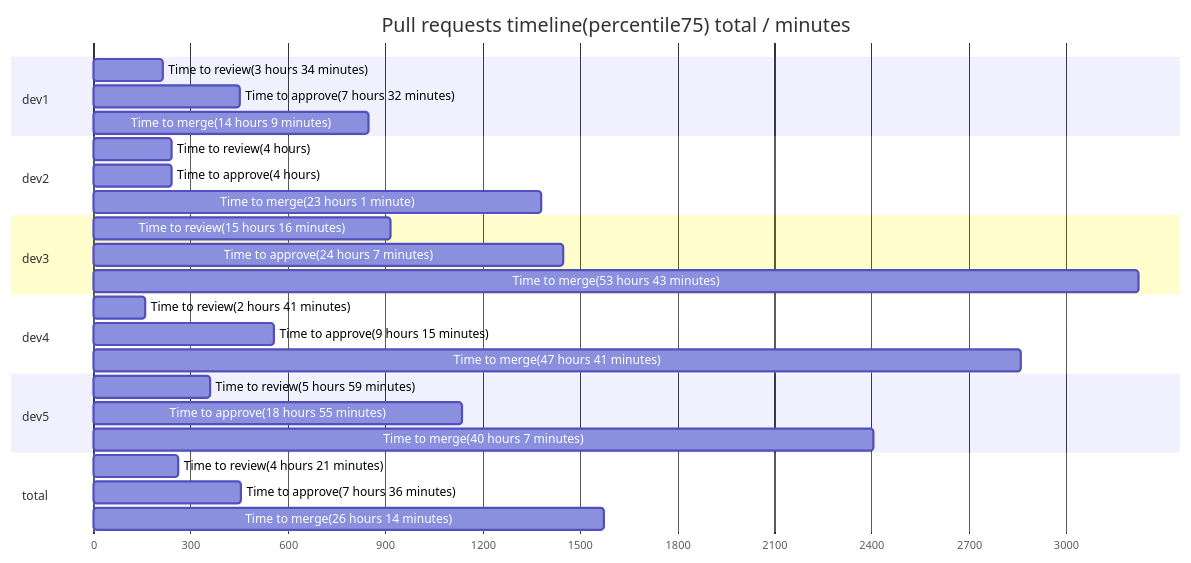
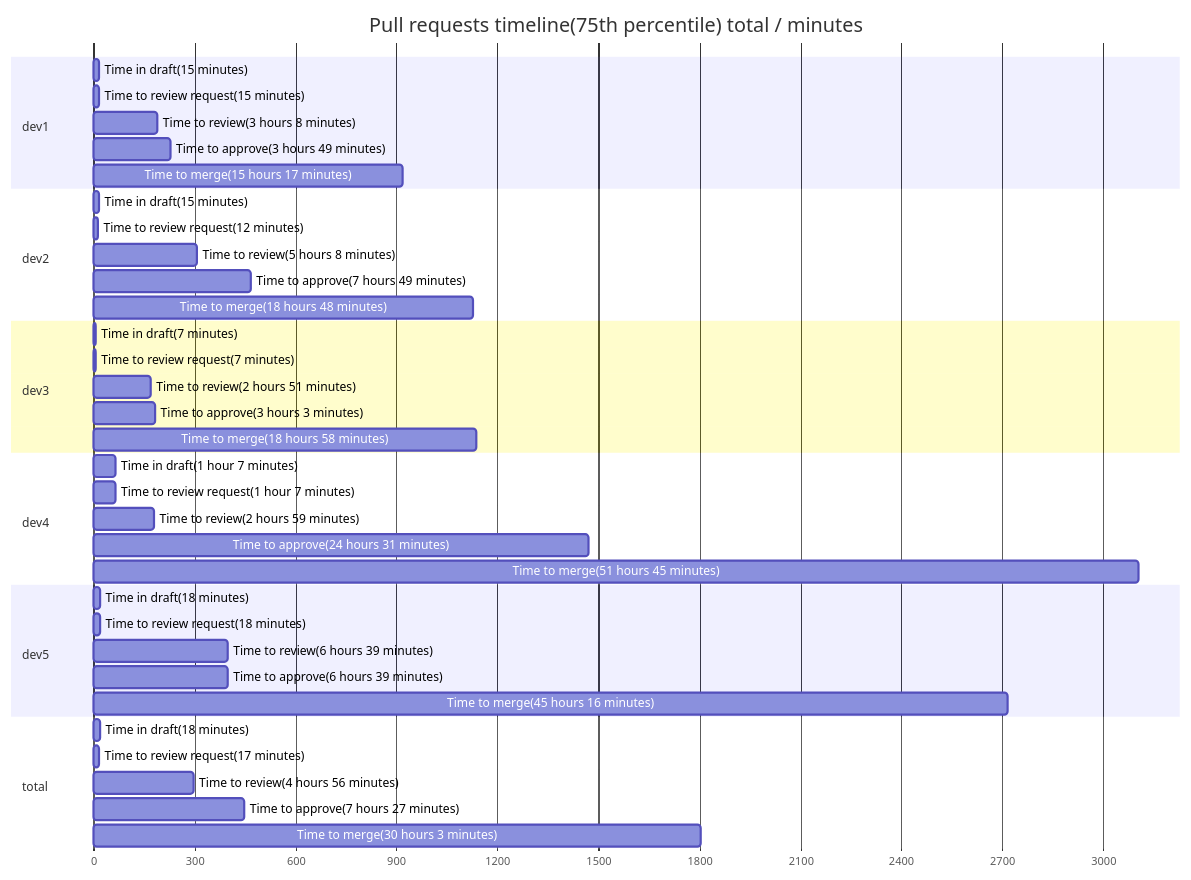
One commit to AlexSim93/pull-request-analytics-action changed the diagram in examples/nPRsReport.md. Above: the diagram before and after it, drawn with Mermaid. The commit also changed other lines of this file and 7 other files, not shown here.

````diff
--- a/examples/nPRsReport.md
+++ b/examples/nPRsReport.md
@@ -154,36 +39,48 @@
 ```mermaid
 gantt
-title Pull requests timeline(percentile75) total / minutes
+title Pull requests timeline(75th percentile) total / minutes
 dateFormat X
 axisFormat %s
 section dev1
-                Time to review(3 hours 34 minutes) :  0, 214
-Time to approve(7 hours 32 minutes) :  0, 452
-Time to merge(14 hours 9 minutes) :  0, 849
+                Time in draft(15 minutes) :  0, 15
+Time to review request(15 minutes) :  0, 15
+Time to review(3 hours 8 minutes) :  0, 188
+Time to approve(3 hours 49 minutes) :  0, 229
+Time to merge(15 hours 17 minutes) :  0, 917
 
 section dev2
-                Time to review(4 hours) :  0, 240
-Time to approve(4 hours) :  0, 240
-Time to merge(23 hours 1 minute) :  0, 1381
+                Time in draft(15 minutes) :  0, 15
+Time to review request(12 minutes) :  0, 12
+Time to review(5 hours 8 minutes) :  0, 308
+Time to approve(7 hours 49 minutes) :  0, 469
+Time to merge(18 hours 48 minutes) :  0, 1128
 
 section dev3
-                Time to review(15 hours 16 minutes) :  0, 916
-Time to approve(24 hours 7 minutes) :  0, 1447
-Time to merge(53 hours 43 minutes) :  0, 3223
+                Time in draft(7 minutes) :  0, 7
+Time to review request(7 minutes) :  0, 7
+Time to review(2 hours 51 minutes) :  0, 171
+Time to approve(3 hours 3 minutes) :  0, 183
+Time to merge(18 hours 58 minutes) :  0, 1138
 
 section dev4
-                Time to review(2 hours 41 minutes) :  0, 161
-Time to approve(9 hours 15 minutes) :  0, 555
-Time to merge(47 hours 41 minutes) :  0, 2861
+                Time in draft(1 hour 7 minutes) :  0, 67
+Time to review request(1 hour 7 minutes) :  0, 67
+Time to review(2 hours 59 minutes) :  0, 179
+Time to approve(24 hours 31 minutes) :  0, 1471
+Time to merge(51 hours 45 minutes) :  0, 3105
 
 section dev5
-                Time to review(5 hours 59 minutes) :  0, 359
-Time to approve(18 hours 55 minutes) :  0, 1135
-Time to merge(40 hours 7 minutes) :  0, 2407
+                Time in draft(18 minutes) :  0, 18
+Time to review request(18 minutes) :  0, 18
+Time to review(6 hours 39 minutes) :  0, 399
+Time to approve(6 hours 39 minutes) :  0, 399
+Time to merge(45 hours 16 minutes) :  0, 2716
 
 section total
-                Time to review(4 hours 21 minutes) :  0, 261
-Time to approve(7 hours 36 minutes) :  0, 456
-Time to merge(26 hours 14 minutes) :  0, 1574
+                Time in draft(18 minutes) :  0, 18
+Time to review request(17 minutes) :  0, 17
+Time to review(4 hours 56 minutes) :  0, 296
+Time to approve(7 hours 27 minutes) :  0, 447
+Time to merge(30 hours 3 minutes) :  0, 1803
 
 ```
````
